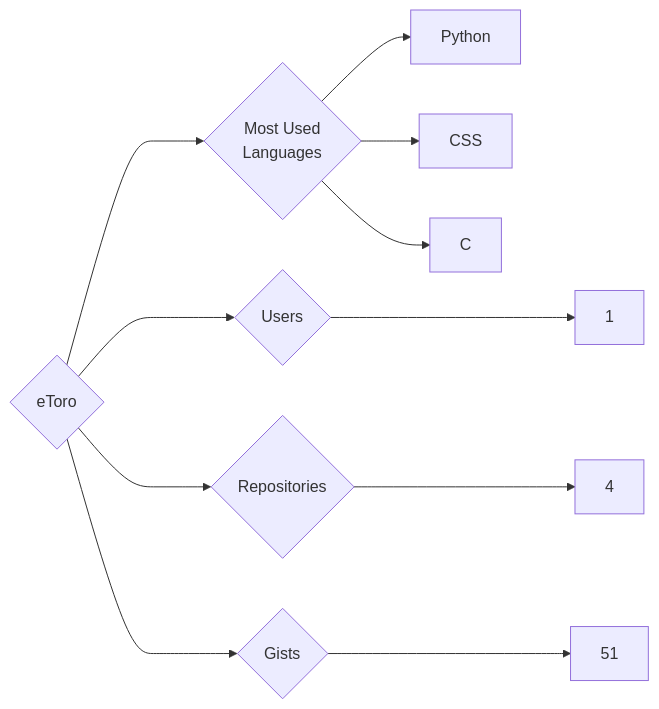
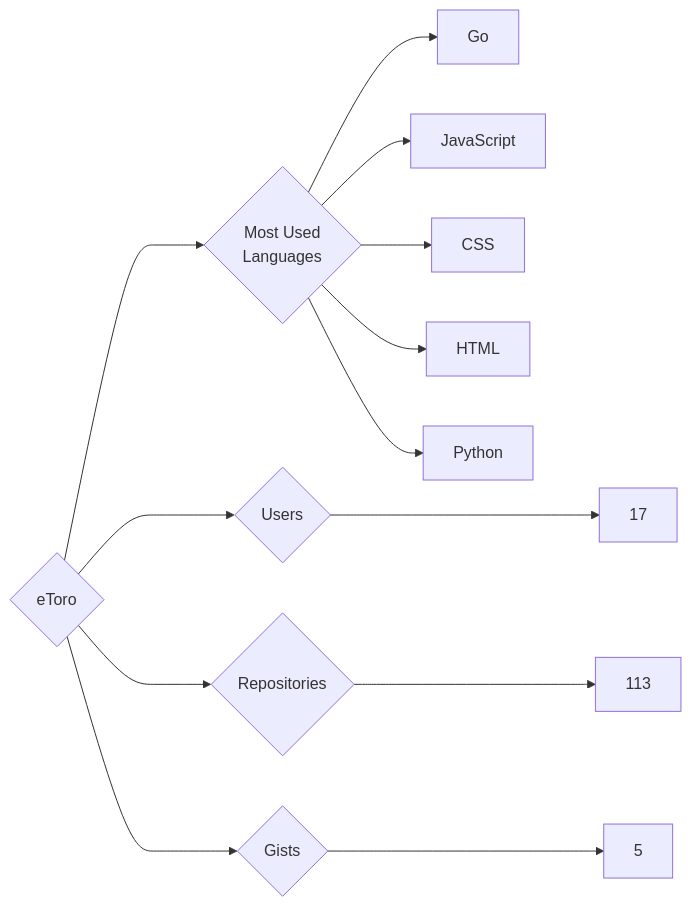
Before and after one commit to trickest/insiders: the diagram in targets/eToro/README.md, drawn with Mermaid. The commit also changed 940 other files, not shown here.

````diff
--- a/targets/eToro/README.md
+++ b/targets/eToro/README.md
@@ -3,11 +3,13 @@
 ```mermaid
 graph LR
 COMPANY_NAME{eToro}
-COMPANY_NAME ---> U{Users} ---> UN[1]
-COMPANY_NAME ---> R{Repositories} ---> RN[4]
-COMPANY_NAME ---> G{Gists} ---> GN[51]
+COMPANY_NAME ---> U{Users} ---> UN[17]
+COMPANY_NAME ---> R{Repositories} ---> RN[113]
+COMPANY_NAME ---> G{Gists} ---> GN[5]
 COMPANY_NAME ---> ML{Most Used<br>Languages}
+ML --> Go[Go]
+ML --> JavaScript[JavaScript]
+ML --> CSS[CSS]
+ML --> HTML[HTML]
 ML --> Python[Python]
-ML --> CSS[CSS]
-ML --> C[C]
 ```
````
